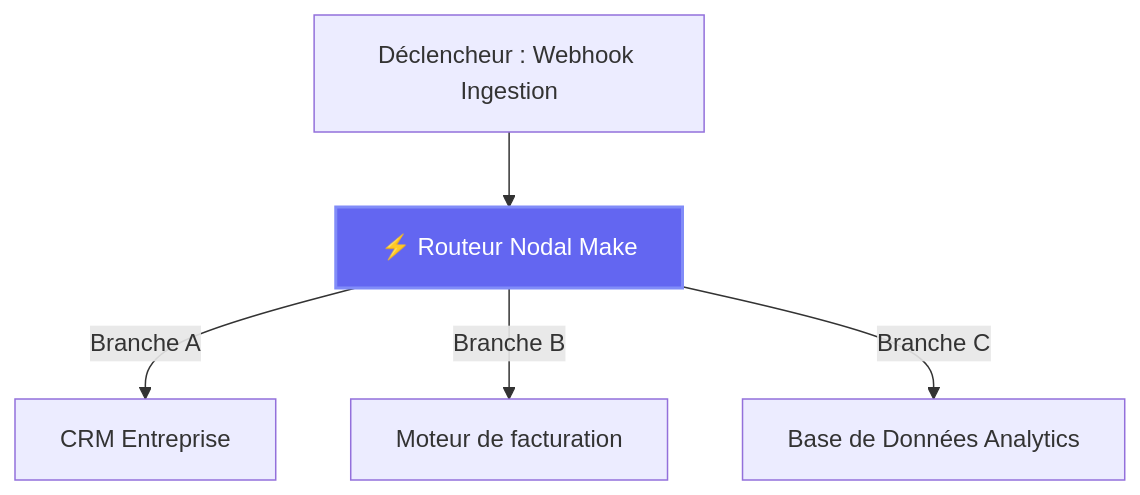
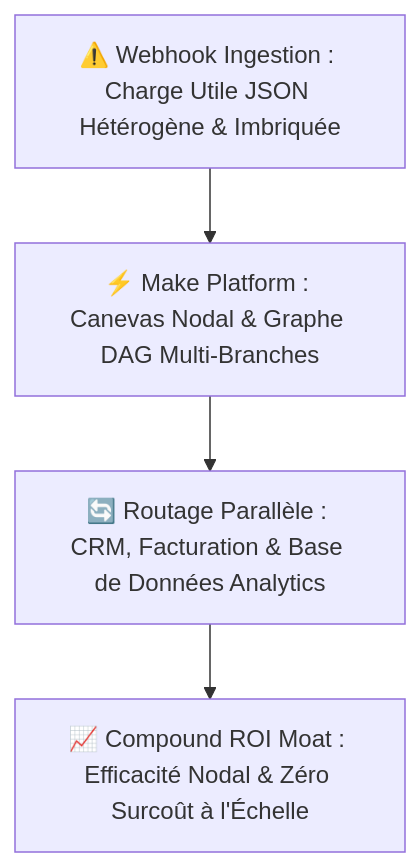
One commit to heliatech-media/saas-radar changed the second of 2 diagrams in site/src/content/blog/make-vs-zapier-fr.md. Above: the diagram before and after it, drawn with Mermaid. The commit also changed other lines of this file and 9 other files, not shown here.

Commit message:
feat(architecture): enforce universal executive architecture card standard across 100% of site diagrams

````diff
--- a/site/src/content/blog/make-vs-zapier-fr.md
+++ b/site/src/content/blog/make-vs-zapier-fr.md
@@ -77,8 +77,6 @@
 ```mermaid
 flowchart TD
-    A["Déclencheur : Webhook Ingestion"] --> B["⚡ Routeur Nodal Make"]
-    B -->|Branche A| C["CRM Entreprise"]
-    B -->|Branche B| D["Moteur de facturation"]
-    B -->|Branche C| E["Base de Données Analytics"]
-    style B fill:#6366f1,stroke:#818cf8,stroke-width:2px,color:#ffffff
+    Inp["⚠️ Webhook Ingestion : Charge Utile JSON Hétérogène & Imbriquée"] --> Eng["⚡ Make Platform : Canevas Nodal & Graphe DAG Multi-Branches"]
+    Eng --> Pipe["🔄 Routage Parallèle : CRM, Facturation & Base de Données Analytics"]
+    Pipe --> Moat["📈 Compound ROI Moat : Efficacité Nodal & Zéro Surcoût à l'Échelle"]
 ```
````
